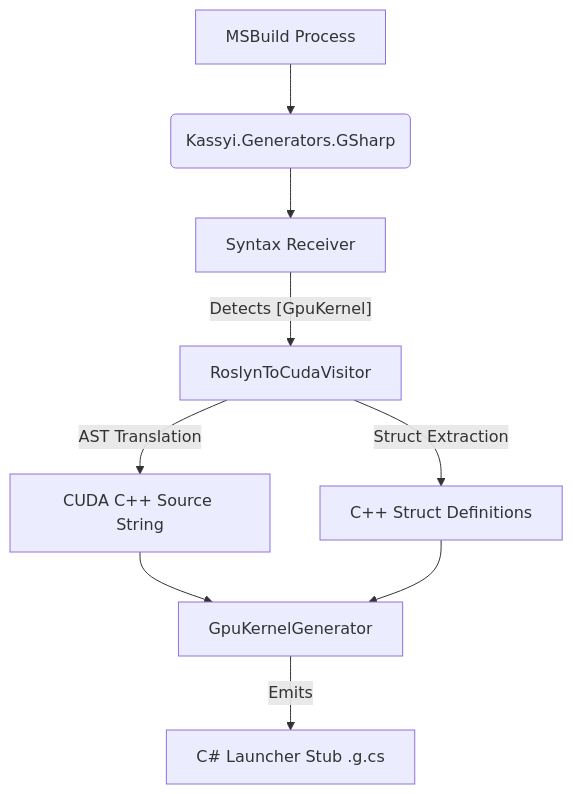
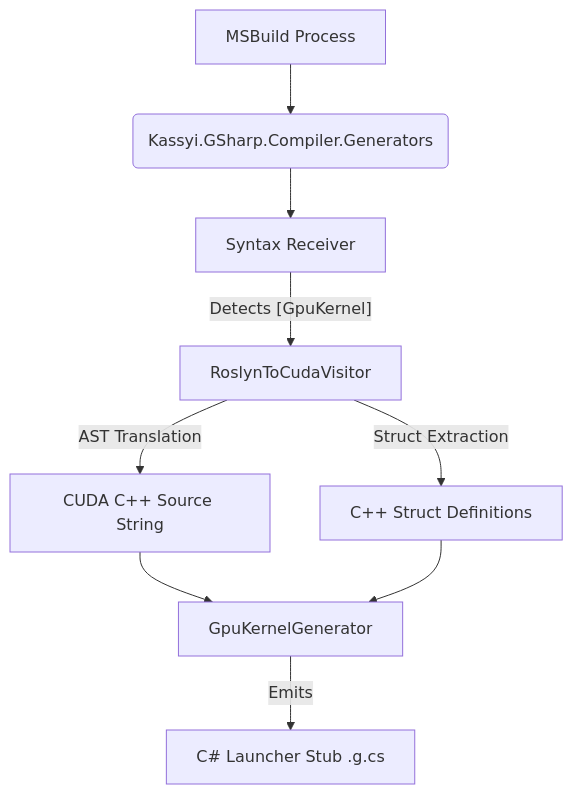
The diagram in docs/spec/en/02_architecture/01_aot_transpiler.md (kassyi/Henicos), drawn with Mermaid before and after one commit. The commit also changed other lines of this file and 6 other files, not shown here.

````diff
--- a/docs/spec/en/02_architecture/01_aot_transpiler.md
+++ b/docs/spec/en/02_architecture/01_aot_transpiler.md
@@ -9,11 +9,11 @@
 ```mermaid
 flowchart TD
-    A[MSBuild Process] --> B(Kassyi.Generators.GSharp)
+    A[MSBuild Process] --> B(Kassyi.GSharp.Compiler.Generators)
     B --> C[Syntax Receiver]
     C -->|"Detects [GpuKernel]"| D[RoslynToCudaVisitor]
     D -->|AST Translation| E[CUDA C++ Source String]
     D -->|Struct Extraction| F[C++ Struct Definitions]
     E --> G[GpuKernelGenerator]
     F --> G
     G -->|Emits| H[C# Launcher Stub .g.cs]
 ```
````
